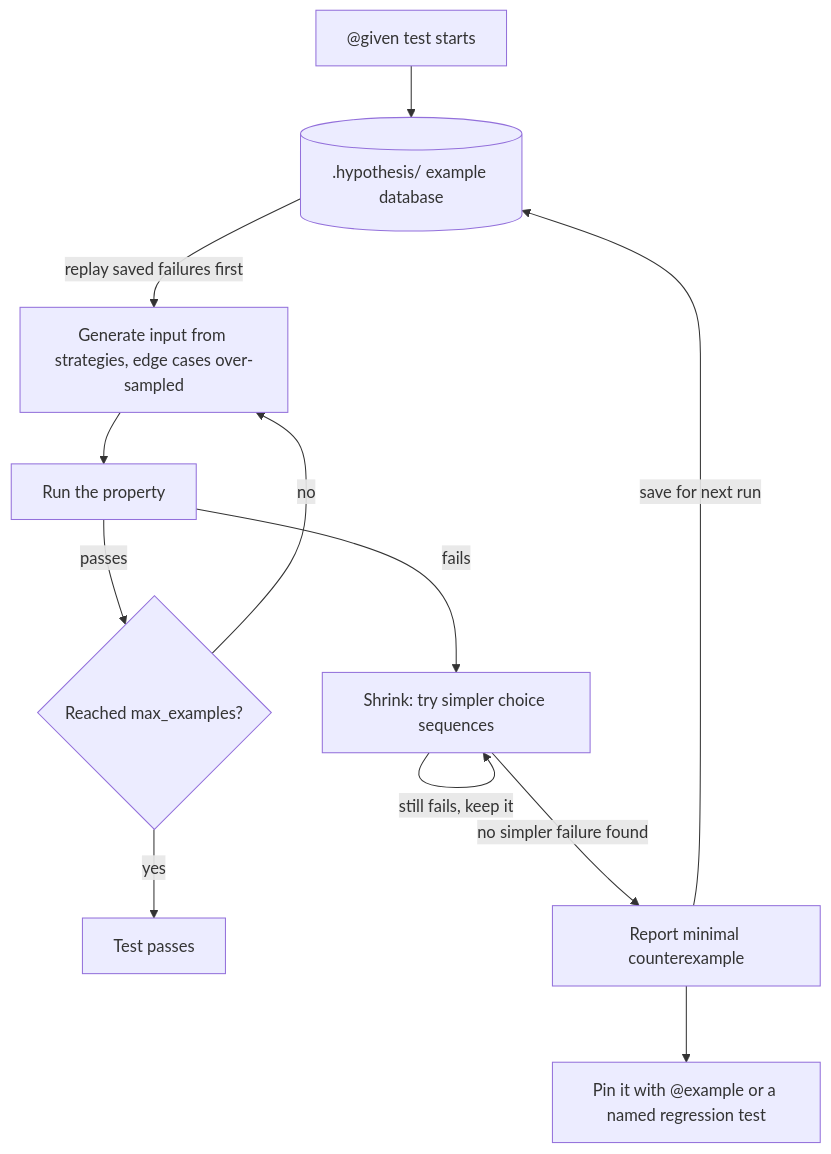
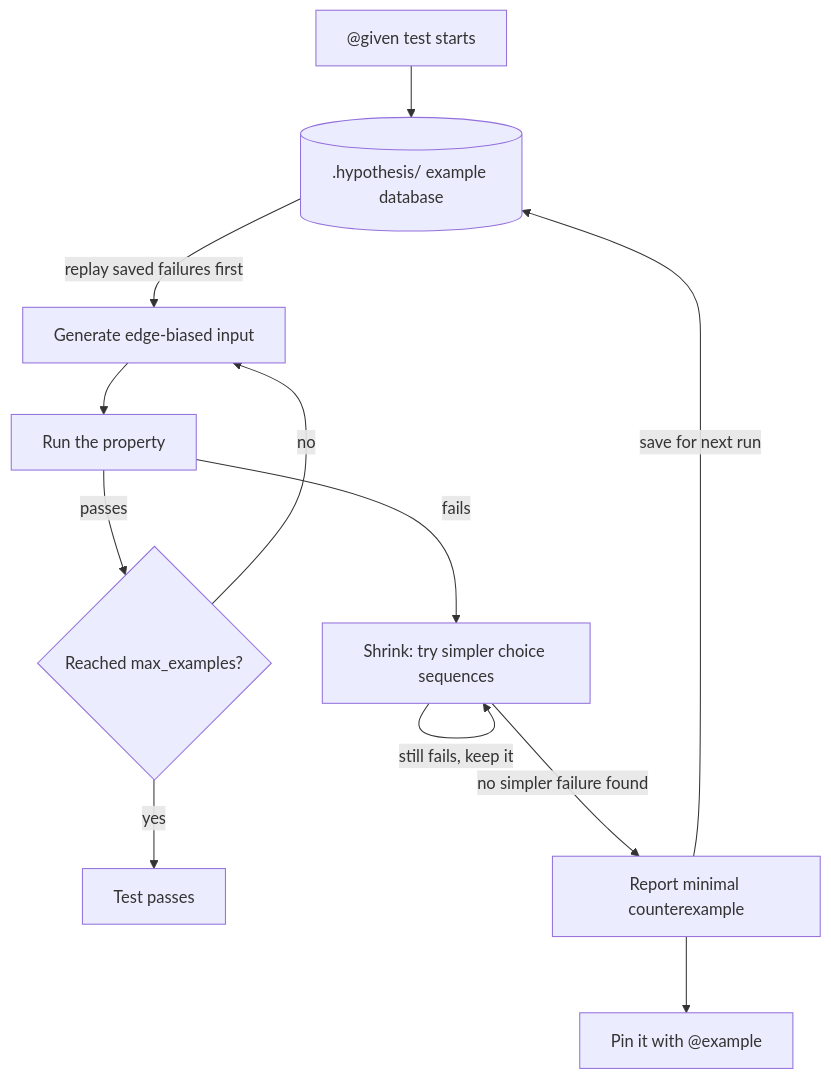
One commit to lovishmahajan97/agentic-learning changed the diagram in content/python-for-ai/property-based-testing.md. Above: the diagram before and after it, drawn with Mermaid. The commit also changed other lines of this file and 454 other files, not shown here.

````diff
--- a/content/python-for-ai/property-based-testing.md
+++ b/content/python-for-ai/property-based-testing.md
@@ -126,14 +126,14 @@
 ```mermaid
 flowchart TD
     S["@given test starts"] --> DB[(".hypothesis/ example database")]
-    DB -->|"replay saved failures first"| G["Generate input from strategies, edge cases over-sampled"]
+    DB -->|"replay saved failures first"| G["Generate edge-biased input"]
     G --> R["Run the property"]
     R -->|"passes"| N{"Reached max_examples?"}
     N -->|"no"| G
     N -->|"yes"| P["Test passes"]
     R -->|"fails"| SH["Shrink: try simpler choice sequences"]
     SH -->|"still fails, keep it"| SH
     SH -->|"no simpler failure found"| M["Report minimal counterexample"]
     M -->|"save for next run"| DB
-    M --> E["Pin it with @example or a named regression test"]
+    M --> E["Pin it with @example"]
 ```
````
